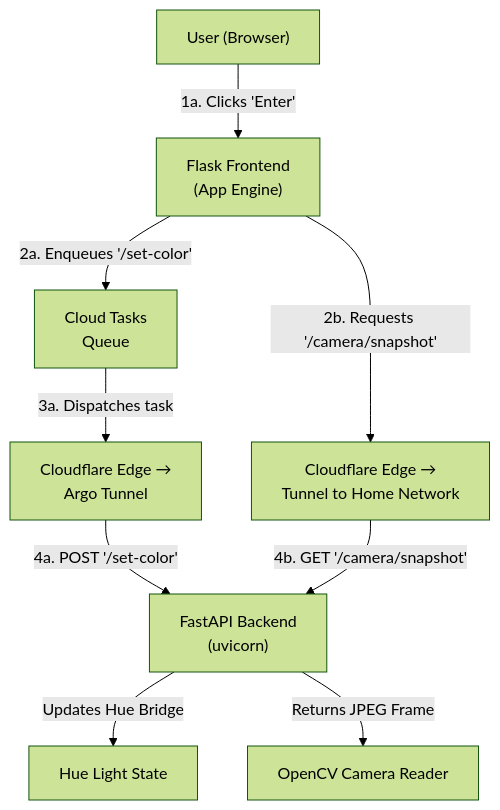
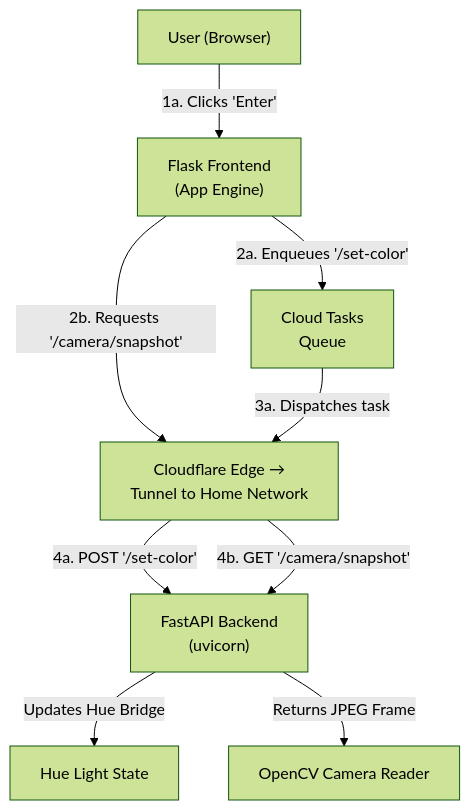
The diagram in README.md (zwingthomas/LightsOn), drawn with Mermaid (forest theme) before and after one commit.

Commit message:
Documentation

````diff
--- a/README.md
+++ b/README.md
@@ -29,22 +29,21 @@
 ```mermaid
 flowchart TD
     A["User (Browser)"] 
     B["Flask Frontend<br>(App Engine)"]
     T["Cloud Tasks<br>Queue"]
     CFE["Cloudflare Edge →<br>Tunnel to Home Network"]
-    CFA["Cloudflare Edge →<br>Argo Tunnel"]
     F["FastAPI Backend<br>(uvicorn)"]
     H["Hue Light State"]
     O["OpenCV Camera Reader"]
 
     A -->|1a. Clicks 'Enter'| B
     B -->|2a. Enqueues '/set-color'| T
     B -->|2b. Requests '/camera/snapshot'| CFE
 
-    T -->|3a. Dispatches task| CFA
-    CFA -->|4a. POST '/set-color'| F
+    T -->|3a. Dispatches task| CFE
+    CFE -->|4a. POST '/set-color'| F
     CFE -->|4b. GET '/camera/snapshot'| F
 
     F -->|Updates Hue Bridge| H
     F -->|Returns JPEG Frame| O
 ```
````
